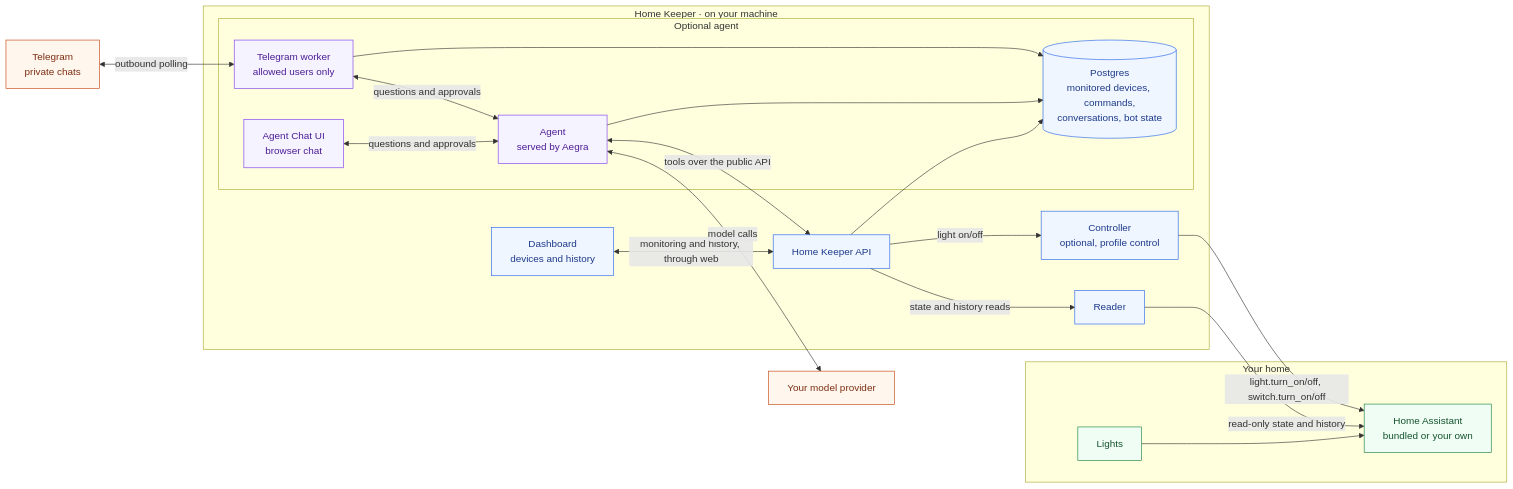
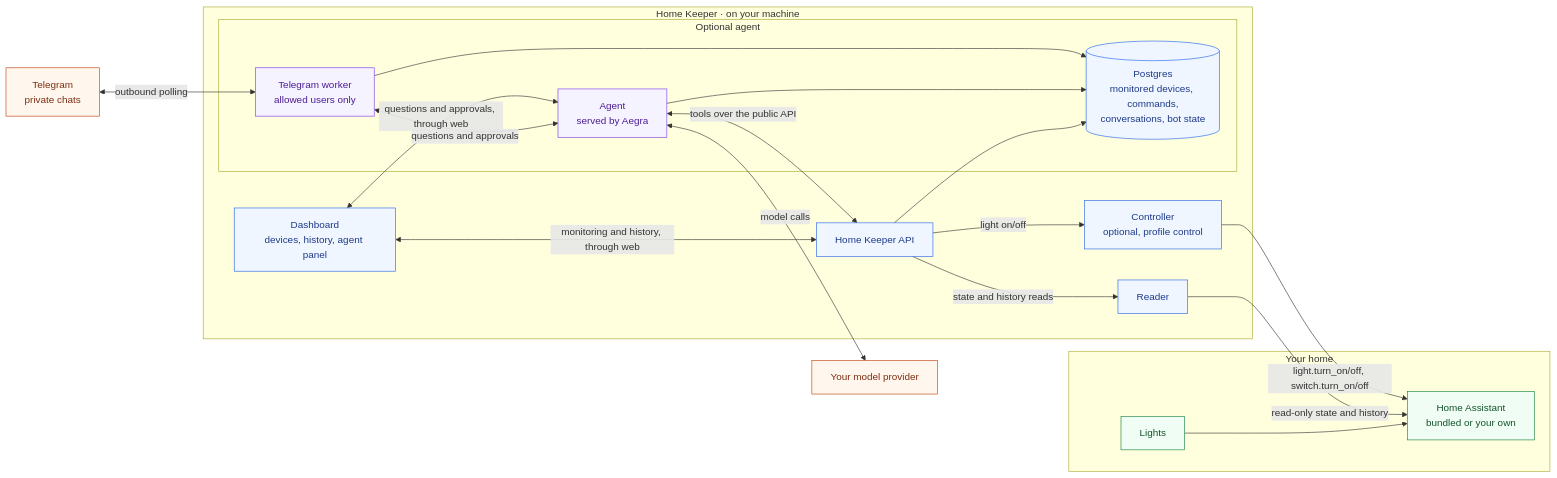
One commit to alitaghub/home-keeper changed the diagram in README.md. Above: the diagram before and after it, drawn with Mermaid. The commit also changed other lines of this file and 66 other files, not shown here.

First line of the commit message:
feat(web): answer questions and take approvals in an agent panel (#40)

````diff
--- a/README.md
+++ b/README.md
@@ -21,44 +21,43 @@
 ```mermaid
 flowchart LR
     subgraph home["Your home"]
         lights["Lights"] --> ha["Home Assistant<br/>bundled or your own"]
     end
 
     subgraph keeper["Home Keeper · on your machine"]
         reader["Reader"]
         api["Home Keeper API"]
         db[("Postgres<br/>monitored devices, commands,<br/>conversations, bot state")]
-        dashboard["Dashboard<br/>devices and history"]
+        dashboard["Dashboard<br/>devices, history, agent panel"]
         api -- "state and history reads" --> reader
         dashboard <-->|"monitoring and history, through web"| api
         api --> db
         controller["Controller<br/>optional, profile control"]
         api -- "light on/off" --> controller
 
         subgraph optional["Optional agent"]
-            chat["Agent Chat UI<br/>browser chat"]
             agent["Agent<br/>served by Aegra"]
             bot["Telegram worker<br/>allowed users only"]
-            chat <-->|"questions and approvals"| agent
             bot <-->|"questions and approvals"| agent
             agent --> db
             bot --> db
         end
 
         agent <-->|"tools over the public API"| api
+        dashboard <-->|"questions and approvals, through web"| agent
     end
 
     reader -- "read-only state and history" --> ha
     controller -- "light.turn_on/off, switch.turn_on/off" --> ha
     telegram["Telegram<br/>private chats"] <-->|"outbound polling"| bot
     agent <-->|"model calls"| model["Your model provider"]
 
     classDef homeNode fill:#f0fdf4,stroke:#15803d,color:#14532d
     classDef keeperNode fill:#eff6ff,stroke:#2563eb,color:#1e3a8a
     classDef agentNode fill:#f5f3ff,stroke:#7c3aed,color:#4c1d95
     classDef externalNode fill:#fff7ed,stroke:#c2410c,color:#7c2d12
     class lights,ha homeNode
     class reader,api,db,dashboard,controller keeperNode
-    class chat,agent,bot agentNode
+    class agent,bot agentNode
     class telegram,model externalNode
 ```
````
